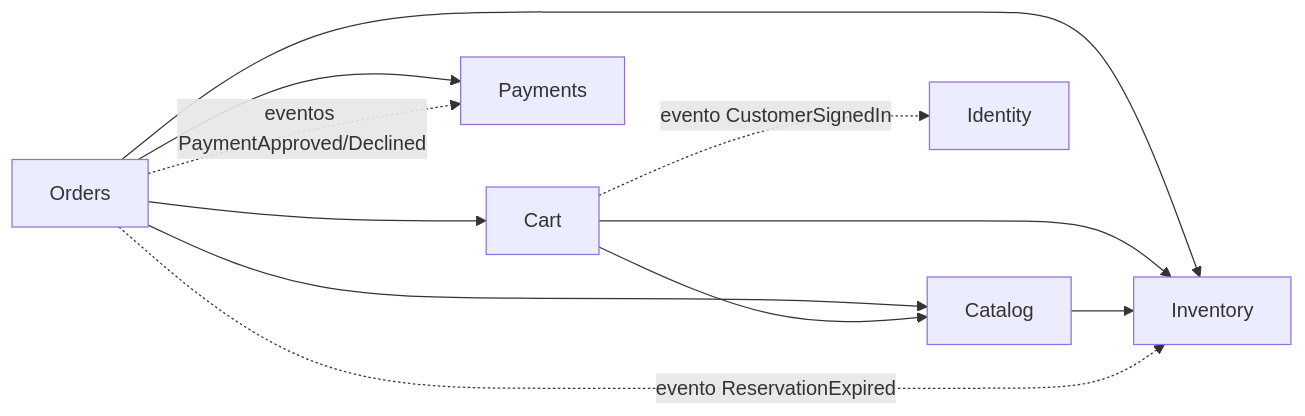
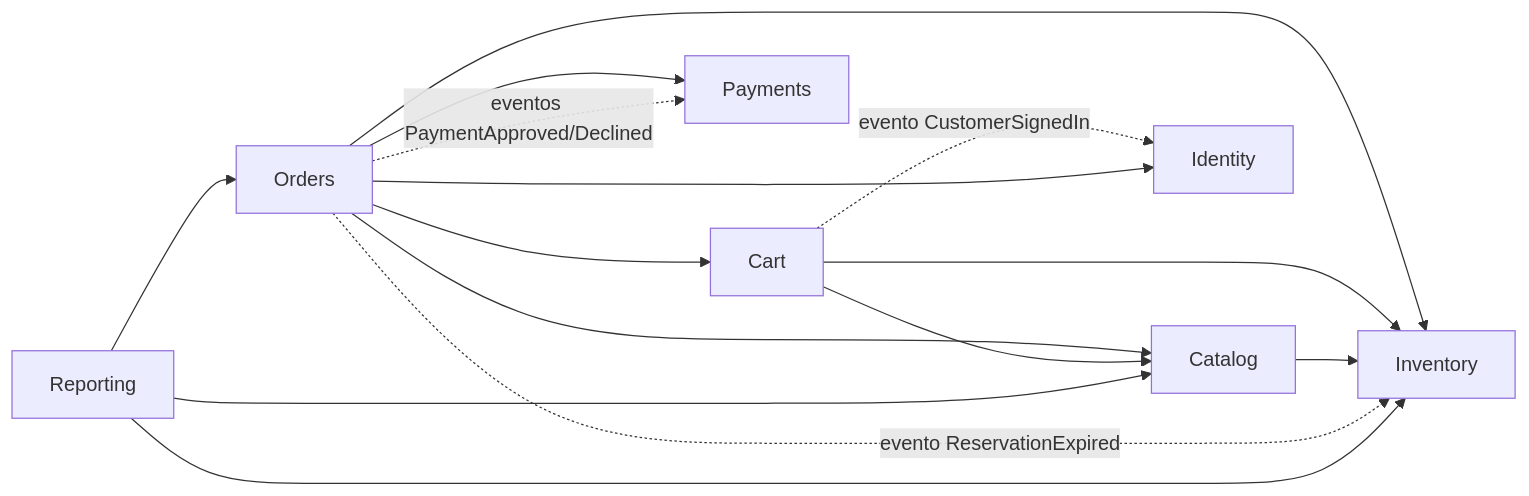
Before and after one commit to MathBriton/kamusEcommerce: the third of 5 diagrams in docs/architecture.md, drawn with Mermaid. The commit also changed other lines of this file and 64 other files, not shown here.

````diff
--- a/docs/architecture.md
+++ b/docs/architecture.md
@@ -61,9 +66,11 @@
 ```mermaid
 flowchart LR
     Orders --> Cart & Catalog & Inventory & Payments
     Cart --> Catalog & Inventory
     Cart -. "evento CustomerSignedIn" .-> Identity
     Catalog --> Inventory
     Orders -. "eventos PaymentApproved/Declined" .-> Payments
     Orders -. "evento ReservationExpired" .-> Inventory
+    Orders --> Identity
+    Reporting --> Orders & Inventory & Catalog
 ```
````
